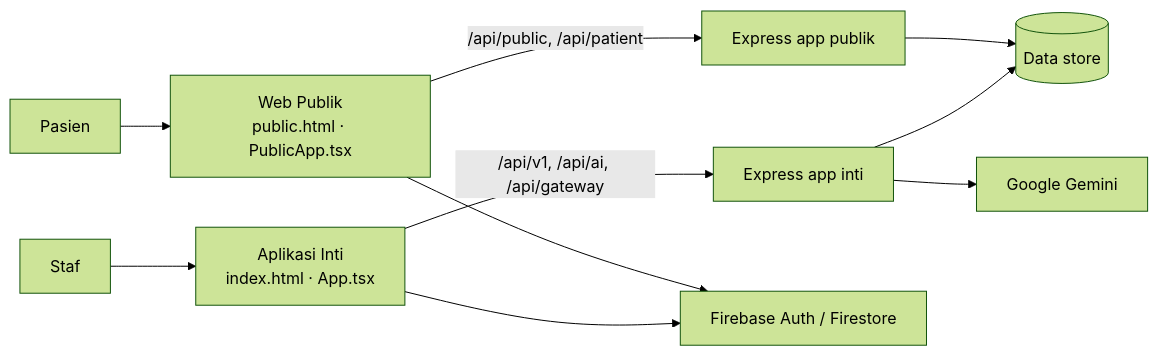
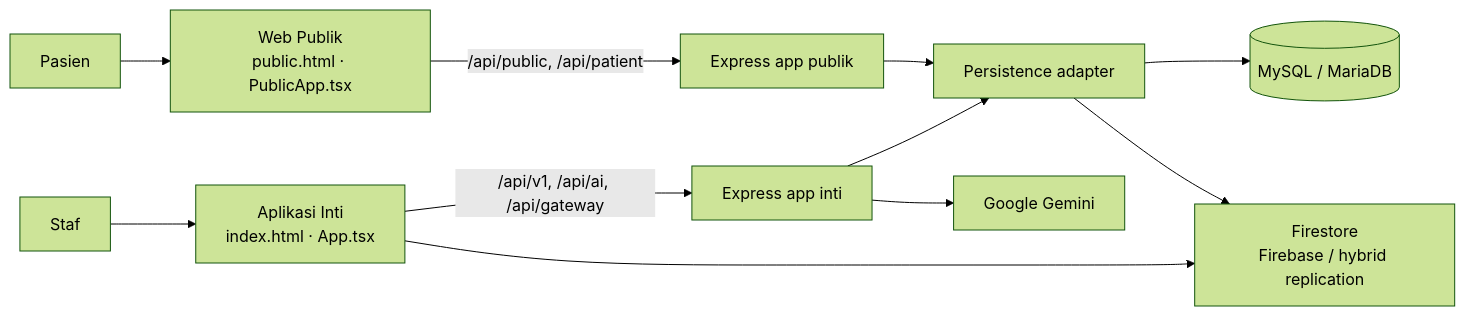
Before and after one commit to dimzzthareza231-design/MYAPP: the diagram in README.md, drawn with Mermaid (forest theme). The commit also changed other lines of this file and 131 other files, not shown here.

````diff
--- a/README.md
+++ b/README.md
@@ -58,11 +60,13 @@
 ```mermaid
 flowchart LR
   P[Pasien] --> WP[Web Publik<br/>public.html · PublicApp.tsx]
   S[Staf] --> AI[Aplikasi Inti<br/>index.html · App.tsx]
   WP -->|/api/public, /api/patient| FP[Express app publik]
   AI -->|/api/v1, /api/ai, /api/gateway| FC[Express app inti]
   FP --> STORE[(Data store)]
-  FC --> STORE
+  FC --> STORE[Persistence adapter]
+  STORE --> MYSQL[(MySQL / MariaDB)]
+  STORE --> FB[Firestore<br/>Firebase / hybrid replication]
   FC --> GEM[Google Gemini]
-  WP & AI --> FB[Firebase Auth / Firestore]
+  AI --> FB
 ```
````
